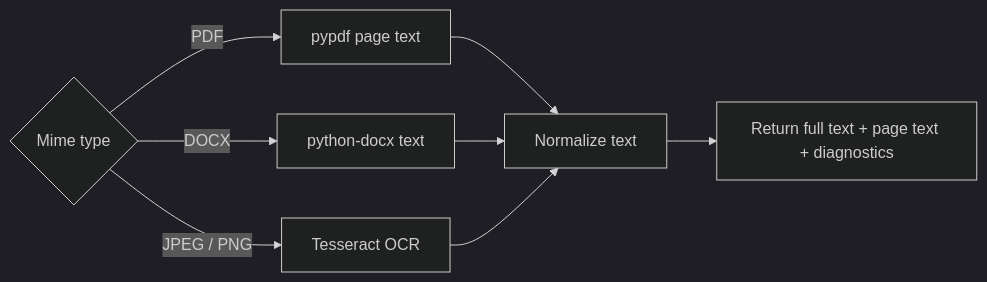
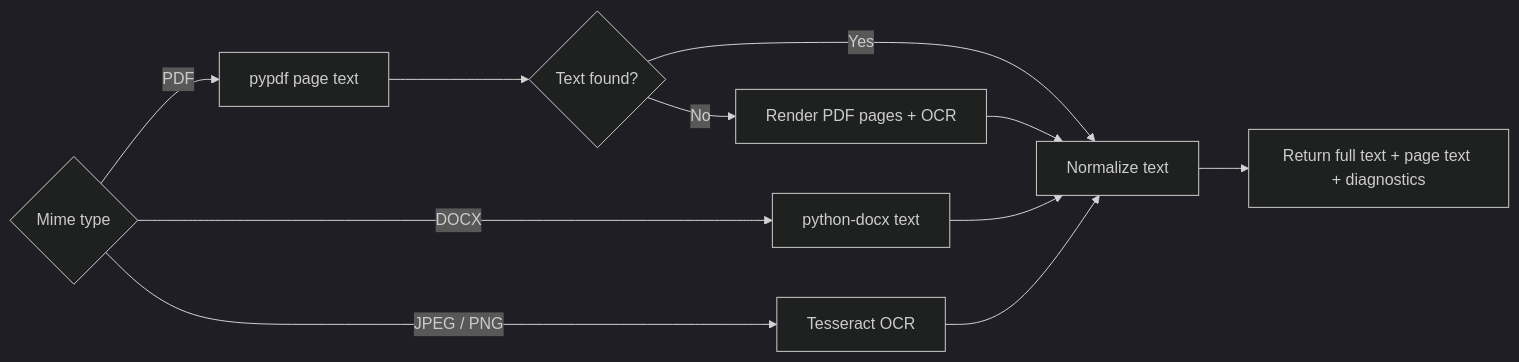
One commit to toswari/intellegal changed the fourth of 7 diagrams in docs/document-ingestion.md. Above: the diagram before and after it, drawn with Mermaid (dark theme). The commit also changed other lines of this file and 9 other files, not shown here.

````diff
--- a/docs/document-ingestion.md
+++ b/docs/document-ingestion.md
@@ -77,10 +77,13 @@
 ```mermaid
 flowchart LR
     A{"Mime type"} -->|"PDF"| B["pypdf page text"]
     A -->|"DOCX"| C["python-docx text"]
     A -->|"JPEG / PNG"| D["Tesseract OCR"]
-    B --> E["Normalize text"]
-    C --> E
-    D --> E
-    E --> F["Return full text + page text + diagnostics"]
+    B --> E{"Text found?"}
+    E -->|"Yes"| F["Normalize text"]
+    E -->|"No"| G["Render PDF pages + OCR"]
+    C --> F
+    D --> F
+    G --> F
+    F --> H["Return full text + page text + diagnostics"]
 ```
````
